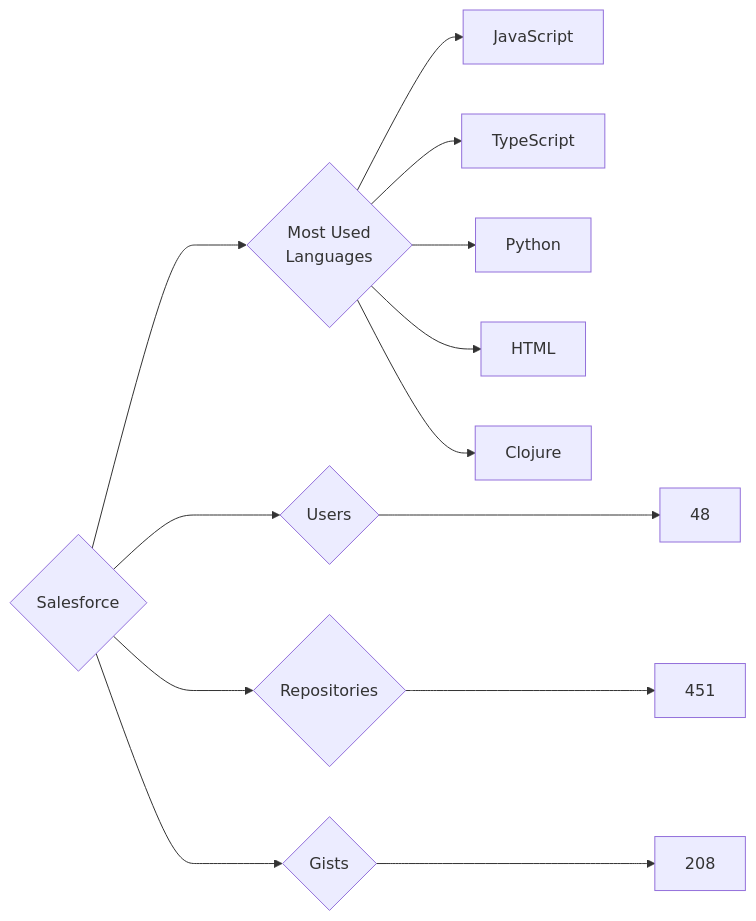
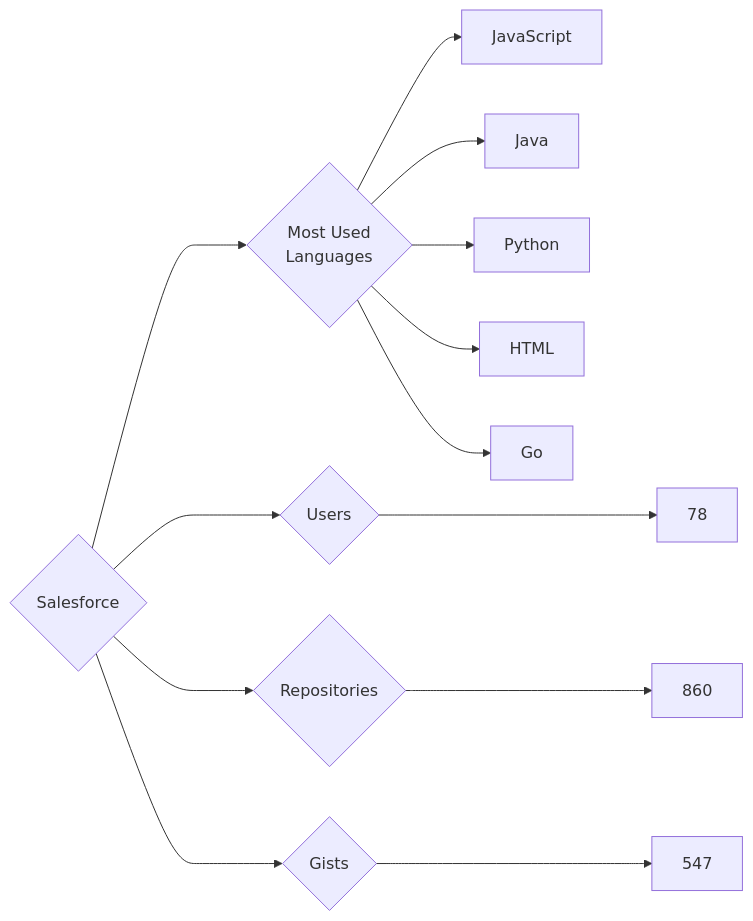
Before and after one commit to trickest/insiders: the diagram in targets/Salesforce/README.md, drawn with Mermaid. The commit also changed 871 other files, not shown here.

````diff
--- a/targets/Salesforce/README.md
+++ b/targets/Salesforce/README.md
@@ -3,13 +3,13 @@
 ```mermaid
 graph LR
 COMPANY_NAME{Salesforce}
-COMPANY_NAME ---> U{Users} ---> UN[48]
-COMPANY_NAME ---> R{Repositories} ---> RN[451]
-COMPANY_NAME ---> G{Gists} ---> GN[208]
+COMPANY_NAME ---> U{Users} ---> UN[78]
+COMPANY_NAME ---> R{Repositories} ---> RN[860]
+COMPANY_NAME ---> G{Gists} ---> GN[547]
 COMPANY_NAME ---> ML{Most Used<br>Languages}
 ML --> JavaScript[JavaScript]
-ML --> TypeScript[TypeScript]
+ML --> Java[Java]
 ML --> Python[Python]
 ML --> HTML[HTML]
-ML --> Clojure[Clojure]
+ML --> Go[Go]
 ```
````
